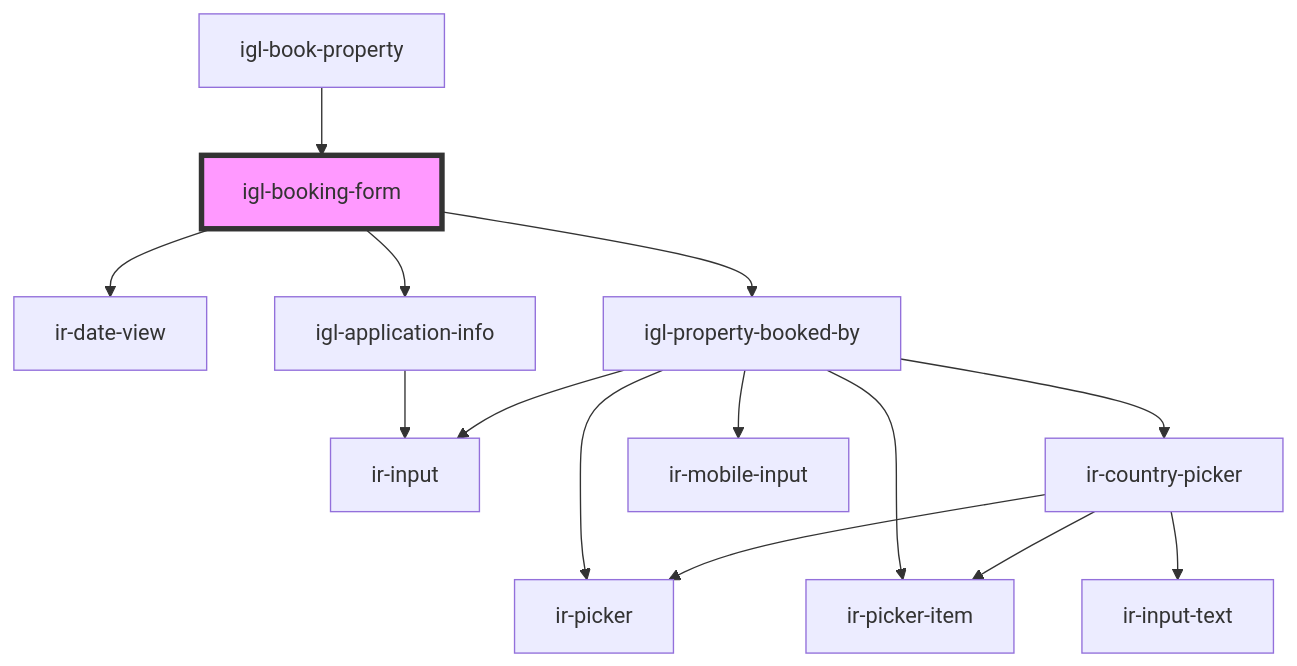
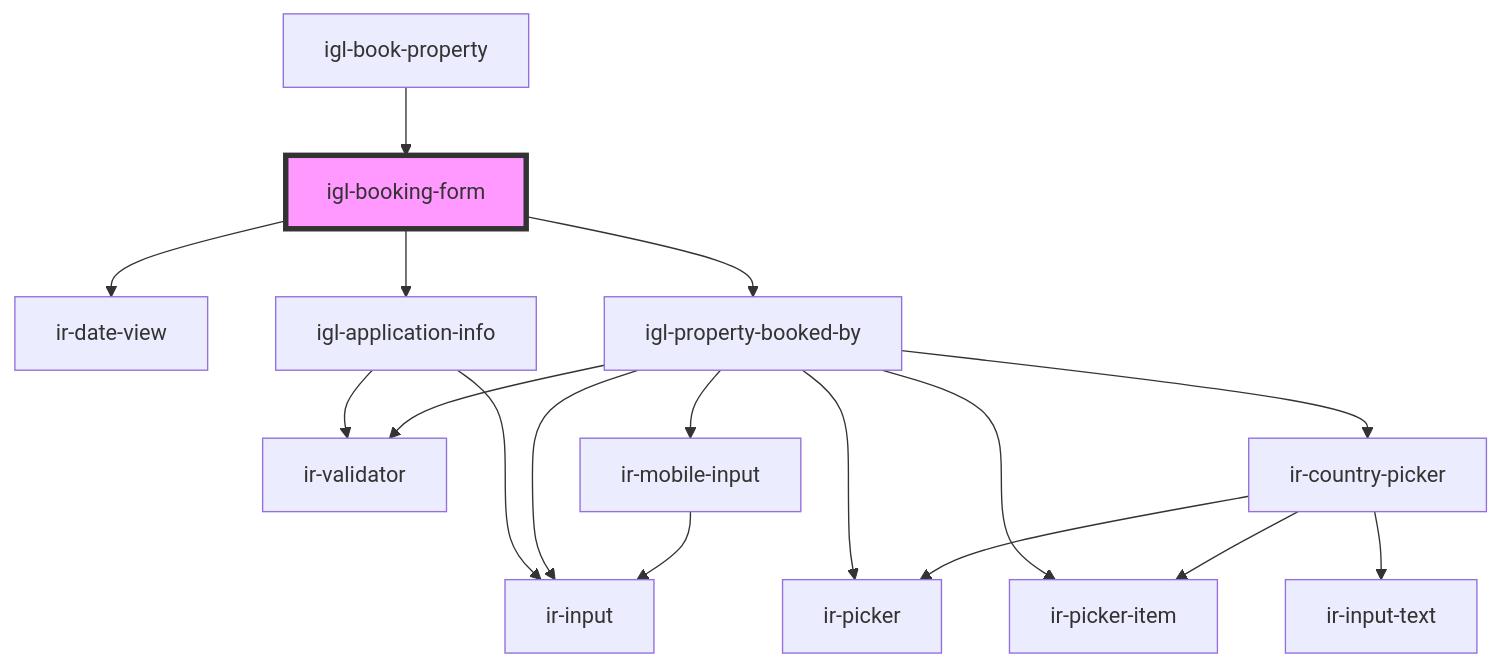
One commit to David1Chowaifaty/modified-ir-webcmp changed the diagram in src/components/igloo-calendar/igl-book-property/igl-booking-form/readme.md. Above: the diagram before and after it, drawn with Mermaid. The commit also changed 41 other files, not shown here.

````diff
--- a/src/components/igloo-calendar/igl-book-property/igl-booking-form/readme.md
+++ b/src/components/igloo-calendar/igl-book-property/igl-booking-form/readme.md
@@ -50,17 +50,20 @@
 ```mermaid
 graph TD;
   igl-booking-form --> ir-date-view
   igl-booking-form --> igl-application-info
   igl-booking-form --> igl-property-booked-by
+  igl-application-info --> ir-validator
   igl-application-info --> ir-input
   igl-property-booked-by --> ir-picker
   igl-property-booked-by --> ir-picker-item
+  igl-property-booked-by --> ir-validator
   igl-property-booked-by --> ir-input
   igl-property-booked-by --> ir-country-picker
   igl-property-booked-by --> ir-mobile-input
   ir-country-picker --> ir-picker
   ir-country-picker --> ir-picker-item
   ir-country-picker --> ir-input-text
+  ir-mobile-input --> ir-input
   igl-book-property --> igl-booking-form
   style igl-booking-form fill:#f9f,stroke:#333,stroke-width:4px
 ```
````
